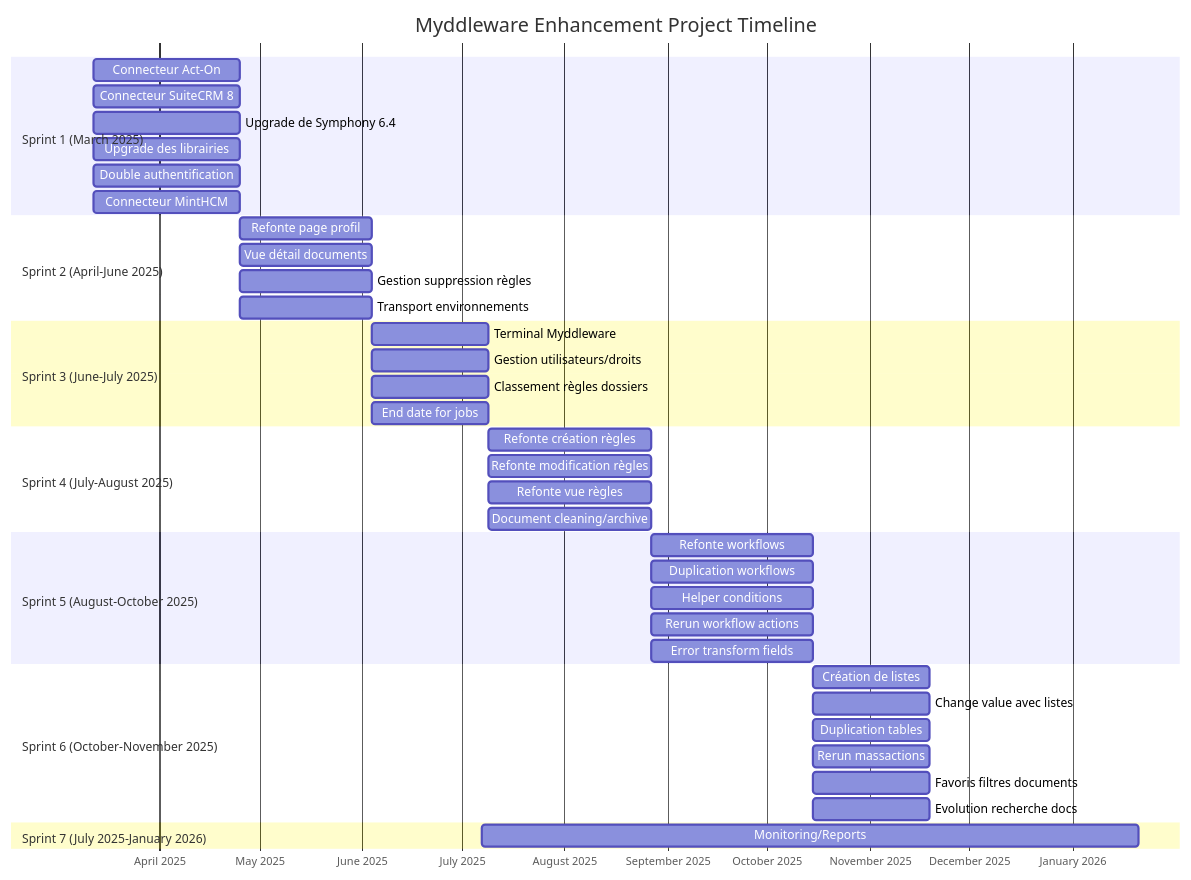
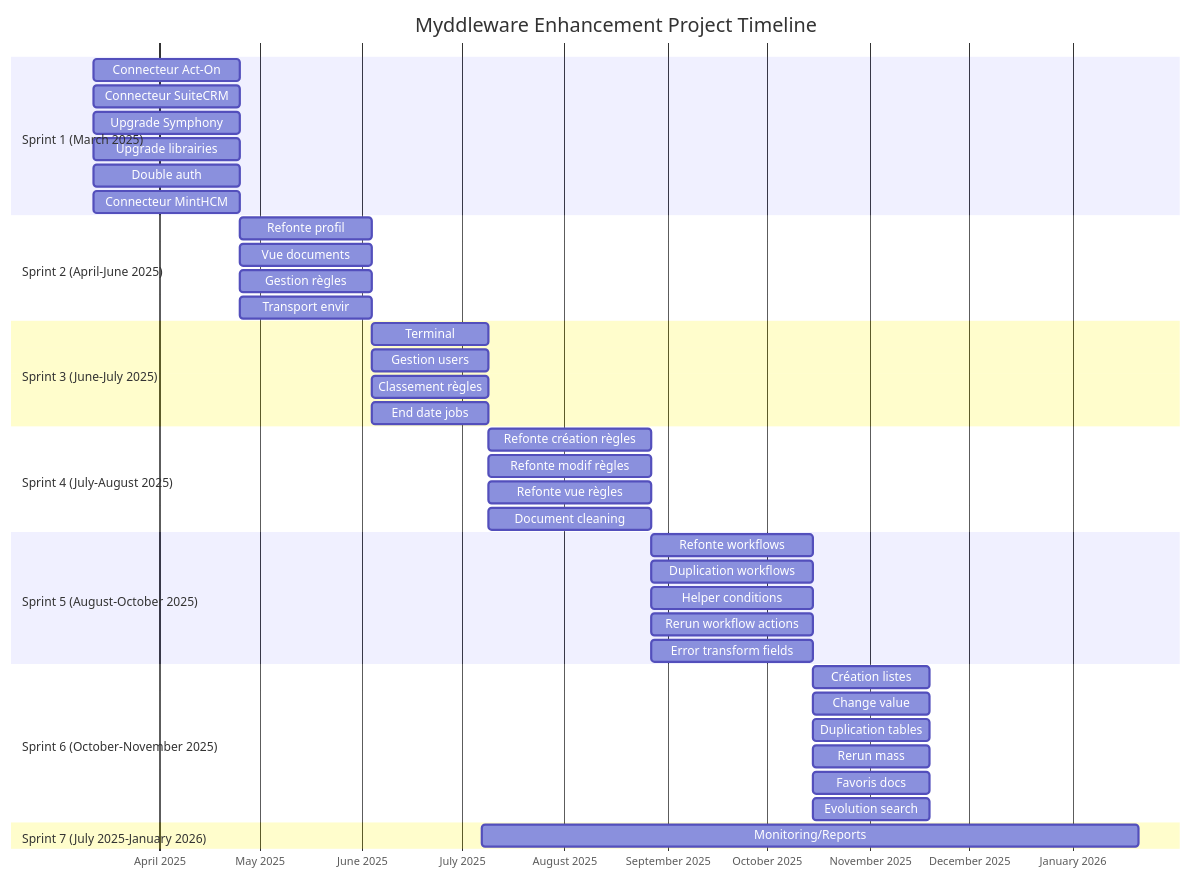
Before and after one commit to Myddleware/myddleware-docs: the diagram in roadmap/roadmap.md, drawn with Mermaid.

Commit message:
better alignment ???

````diff
--- a/roadmap/roadmap.md
+++ b/roadmap/roadmap.md
@@ -3,50 +3,50 @@
 ```mermaid
 gantt
     title Myddleware Enhancement Project Timeline
     dateFormat YYYY-MM-DD
     axisFormat %B %Y
 
     section Sprint 1 (March 2025)
-    Connecteur Act-On           :2025-03-12, 2025-04-25
-    Connecteur SuiteCRM 8      :2025-03-12, 2025-04-25
-    Upgrade de Symphony 6.4    :2025-03-12, 2025-04-25
-    Upgrade des librairies    :2025-03-12, 2025-04-25
-    Double authentification   :2025-03-12, 2025-04-25
-    Connecteur MintHCM       :2025-03-12, 2025-04-25
+    Connecteur Act-On       :2025-03-12, 2025-04-25
+    Connecteur SuiteCRM    :2025-03-12, 2025-04-25
+    Upgrade Symphony       :2025-03-12, 2025-04-25
+    Upgrade librairies    :2025-03-12, 2025-04-25
+    Double auth           :2025-03-12, 2025-04-25
+    Connecteur MintHCM    :2025-03-12, 2025-04-25
 
     section Sprint 2 (April-June 2025)
-    Refonte page profil        :2025-04-25, 2025-06-04
-    Vue détail documents      :2025-04-25, 2025-06-04
-    Gestion suppression règles :2025-04-25, 2025-06-04
-    Transport environnements   :2025-04-25, 2025-06-04
+    Refonte profil        :2025-04-25, 2025-06-04
+    Vue documents         :2025-04-25, 2025-06-04
+    Gestion règles       :2025-04-25, 2025-06-04
+    Transport envir      :2025-04-25, 2025-06-04
 
     section Sprint 3 (June-July 2025)
-    Terminal Myddleware        :2025-06-04, 2025-07-09
-    Gestion utilisateurs/droits :2025-06-04, 2025-07-09
-    Classement règles dossiers :2025-06-04, 2025-07-09
-    End date for jobs         :2025-06-04, 2025-07-09
+    Terminal             :2025-06-04, 2025-07-09
+    Gestion users        :2025-06-04, 2025-07-09
+    Classement règles    :2025-06-04, 2025-07-09
+    End date jobs        :2025-06-04, 2025-07-09
 
     section Sprint 4 (July-August 2025)
-    Refonte création règles    :2025-07-09, 2025-08-27
-    Refonte modification règles :2025-07-09, 2025-08-27
-    Refonte vue règles        :2025-07-09, 2025-08-27
-    Document cleaning/archive  :2025-07-09, 2025-08-27
+    Refonte création règles   :2025-07-09, 2025-08-27
+    Refonte modif règles     :2025-07-09, 2025-08-27
+    Refonte vue règles       :2025-07-09, 2025-08-27
+    Document cleaning        :2025-07-09, 2025-08-27
 
     section Sprint 5 (August-October 2025)
-    Refonte workflows         :2025-08-27, 2025-10-15
-    Duplication workflows     :2025-08-27, 2025-10-15
-    Helper conditions         :2025-08-27, 2025-10-15
-    Rerun workflow actions    :2025-08-27, 2025-10-15
-    Error transform fields    :2025-08-27, 2025-10-15
+    Refonte workflows        :2025-08-27, 2025-10-15
+    Duplication workflows    :2025-08-27, 2025-10-15
+    Helper conditions        :2025-08-27, 2025-10-15
+    Rerun workflow actions   :2025-08-27, 2025-10-15
+    Error transform fields   :2025-08-27, 2025-10-15
 
     section Sprint 6 (October-November 2025)
-    Création de listes        :2025-10-15, 2025-11-19
-    Change value avec listes  :2025-10-15, 2025-11-19
-    Duplication tables        :2025-10-15, 2025-11-19
-    Rerun massactions        :2025-10-15, 2025-11-19
-    Favoris filtres documents :2025-10-15, 2025-11-19
-    Evolution recherche docs  :2025-10-15, 2025-11-19
+    Création listes        :2025-10-15, 2025-11-19
+    Change value          :2025-10-15, 2025-11-19
+    Duplication tables    :2025-10-15, 2025-11-19
+    Rerun mass           :2025-10-15, 2025-11-19
+    Favoris docs         :2025-10-15, 2025-11-19
+    Evolution search     :2025-10-15, 2025-11-19
 
     section Sprint 7 (July 2025-January 2026)
-    Monitoring/Reports        :2025-07-07, 2026-01-21
+    Monitoring/Reports       :2025-07-07, 2026-01-21
 ```
````
